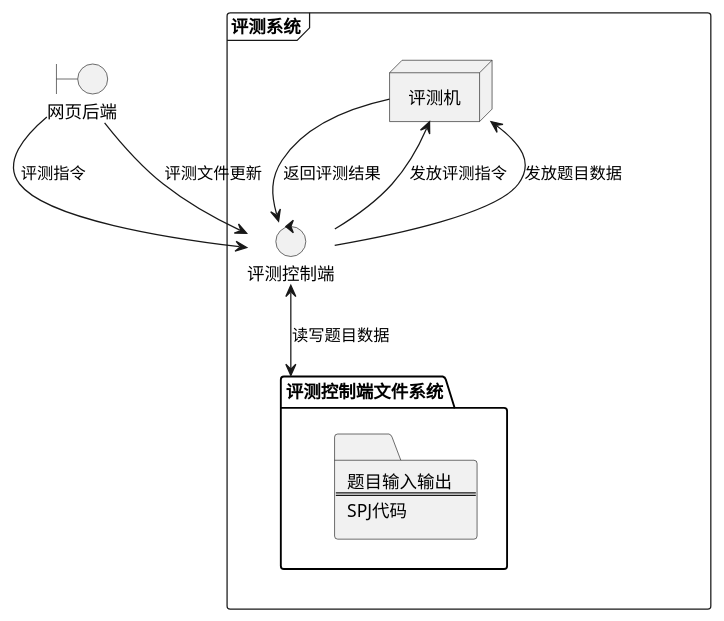
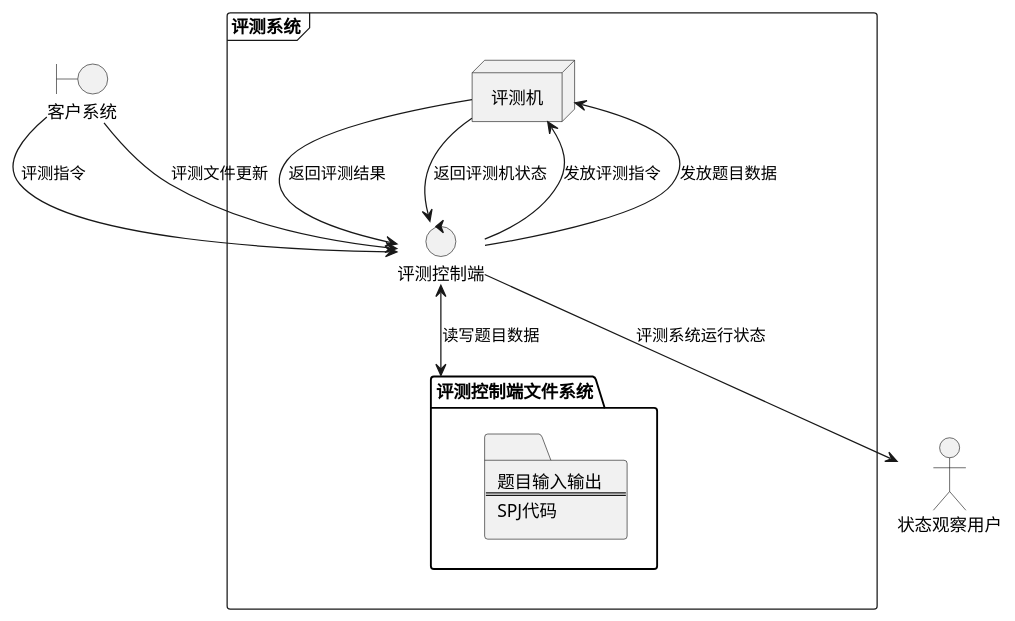
Before and after one commit to ThinkSpiritLab/Heng: the first of 2 diagrams in DesignDocs/Section1-Strcture.md, drawn with PlantUML. The commit also changed other lines of this file, not shown here.

````diff
--- a/DesignDocs/Section1-Strcture.md
+++ b/DesignDocs/Section1-Strcture.md
@@ -11,22 +23,25 @@
 ```puml
 @startuml
-boundary "网页后端" as webbackend
+boundary "客户系统" as webbackend
+actor "状态观察用户" as statususer
 frame "评测系统" {
   node "评测机" as judger
   control "评测控制端" as judgerbackend
   folder "评测控制端文件系统" as jbfs {
     folder 评测文件[
       题目输入输出
       ===
       SPJ代码
     ]
   }
 }
 webbackend --> judgerbackend : 评测指令
 webbackend --> judgerbackend : 评测文件更新
 judgerbackend <--> jbfs : 读写题目数据
 judgerbackend --> judger : 发放评测指令
 judgerbackend --> judger : 发放题目数据
 judger --> judgerbackend : 返回评测结果
+judger --> judgerbackend : 返回评测机状态
+judgerbackend --> statususer : 评测系统运行状态
 @enduml
 ```
````
